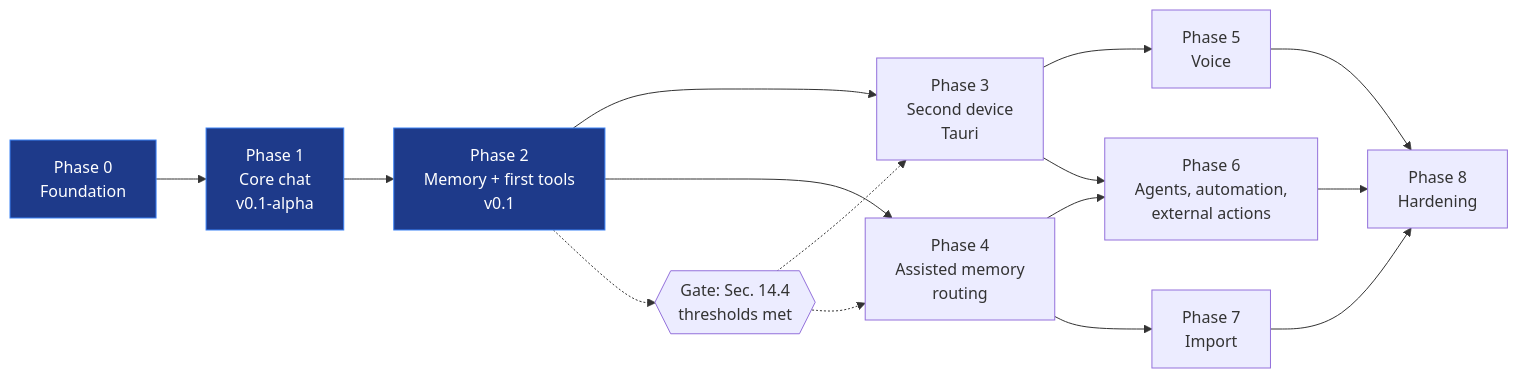
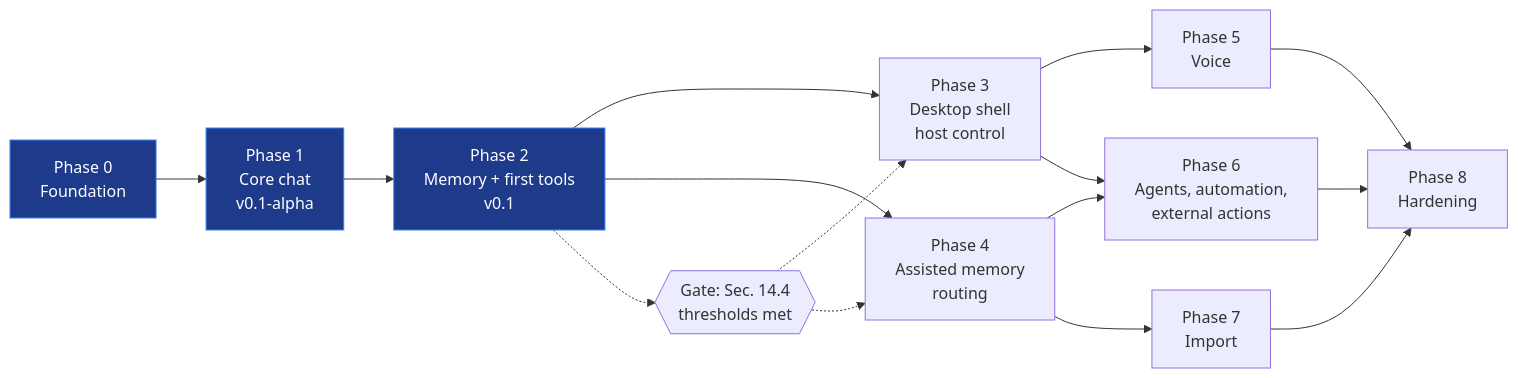
Diagram 19 of 20 in docs/PLAN.md (eerenyilmazz/mell-assistant), drawn with Mermaid before and after one commit. The commit also changed other lines of this file and 12 other files, not shown here.

````diff
--- a/docs/PLAN.md
+++ b/docs/PLAN.md
@@ -1268,22 +1239,22 @@
 ```mermaid
 flowchart LR
     P0["Phase 0<br/>Foundation"] --> P1["Phase 1<br/>Core chat<br/>v0.1-alpha"]
     P1 --> P2["Phase 2<br/>Memory + first tools<br/>v0.1"]
-    P2 --> P3["Phase 3<br/>Second device<br/>Tauri"]
+    P2 --> P3["Phase 3<br/>Desktop shell<br/>host control"]
     P2 --> P4["Phase 4<br/>Assisted memory<br/>routing"]
     P3 --> P5["Phase 5<br/>Voice"]
     P4 --> P6["Phase 6<br/>Agents, automation,<br/>external actions"]
     P3 --> P6
     P4 --> P7["Phase 7<br/>Import"]
     P5 --> P8["Phase 8<br/>Hardening"]
     P6 --> P8
     P7 --> P8
 
     G2{{"Gate: Sec. 14.4<br/>thresholds met"}}
     P2 -.-> G2
     G2 -.-> P3
     G2 -.-> P4
 
     classDef v01 fill:#1e3a8a,stroke:#3b82f6,color:#fff
     class P0,P1,P2 v01
 ```
````
